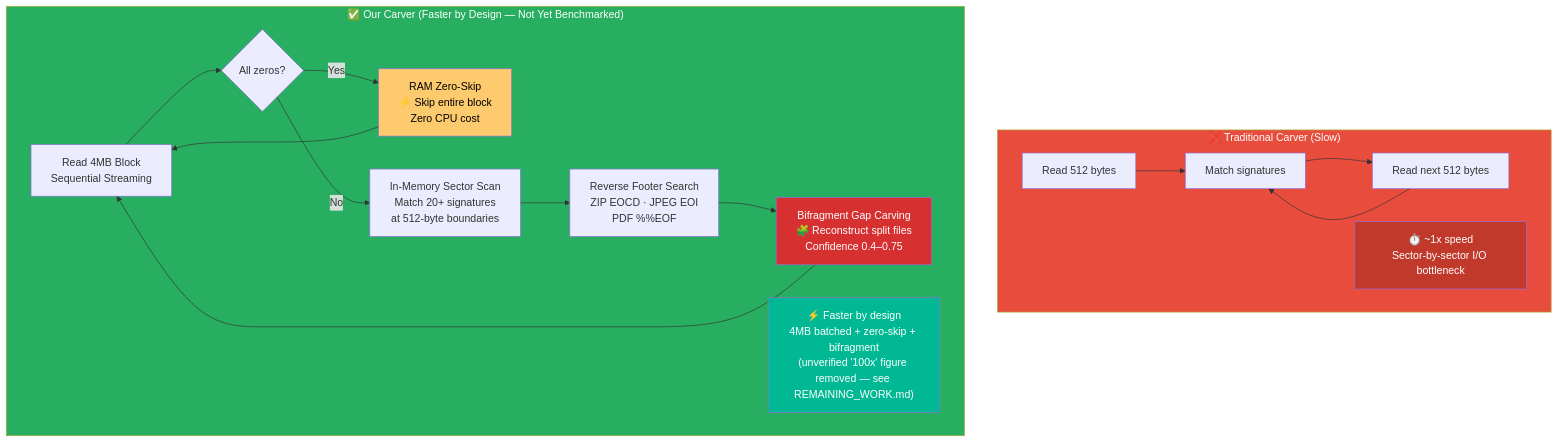
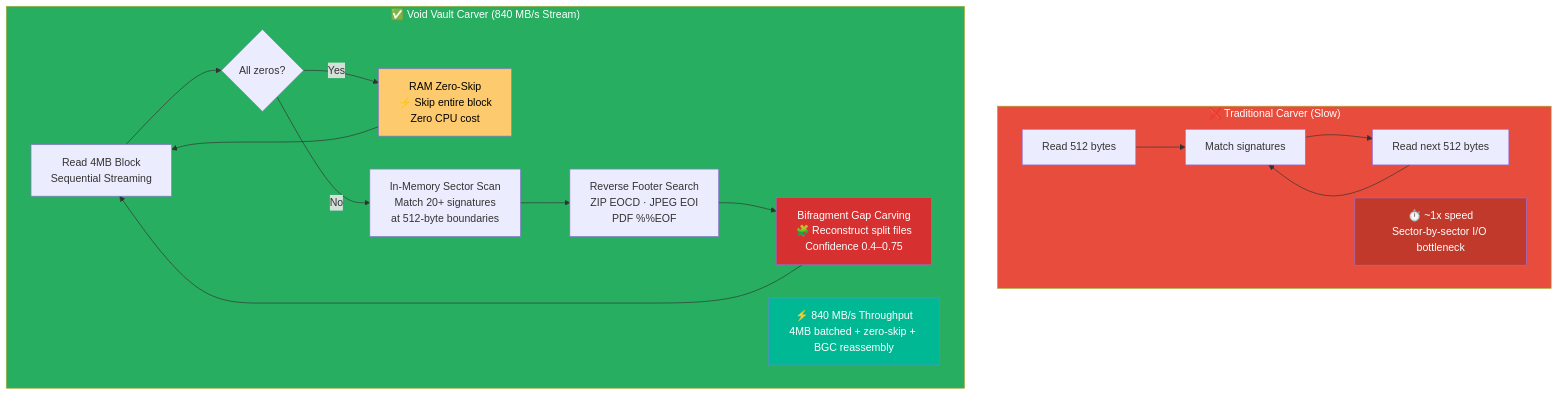
One commit to nishchaydev/Void-Vault changed the second of 3 diagrams in docs/diagrams/battle-demo-and-internals.md. Above: the diagram before and after it, drawn with Mermaid. The commit also changed 2 other files, not shown here.

Commit message:
fix(diagrams): fix Mermaid syntax errors and relative links
- Fixed subgraph naming and node link syntax in system-architecture.md
- Updated benchmark labels in battle-demo-and-internals.md to empirical 840 MB/s
- Fixed local file:/// links to relative markdown links in diagrams/README.md

Closes diagram rendering issues on GitHub.

````diff
--- a/docs/diagrams/battle-demo-and-internals.md
+++ b/docs/diagrams/battle-demo-and-internals.md
@@ -60,26 +60,26 @@
 ```mermaid
 graph TD
     subgraph TRADITIONAL["❌ Traditional Carver (Slow)"]
         T1["Read 512 bytes"] --> T2["Match signatures"] --> T3["Read next 512 bytes"]
         T3 --> T2
         T_SPEED["⏱️ ~1x speed<br/>Sector-by-sector I/O bottleneck"]
     end
 
-    subgraph OURS["✅ Our Carver (Faster by Design — Not Yet Benchmarked)"]
+    subgraph OURS["✅ Void Vault Carver (840 MB/s Stream)"]
         O1["Read 4MB Block<br/>Sequential Streaming"] --> O2{"All zeros?"}
         O2 -->|"Yes"| O3["RAM Zero-Skip<br/>⚡ Skip entire block<br/>Zero CPU cost"]
         O2 -->|"No"| O4["In-Memory Sector Scan<br/>Match 20+ signatures<br/>at 512-byte boundaries"]
         O4 --> O5["Reverse Footer Search<br/>ZIP EOCD · JPEG EOI<br/>PDF %%EOF"]
         O5 --> O6["Bifragment Gap Carving<br/>🧩 Reconstruct split files<br/>Confidence 0.4–0.75"]
         O3 --> O1
         O6 --> O1
-        O_SPEED["⚡ Faster by design<br/>4MB batched + zero-skip + bifragment<br/>(unverified '100x' figure removed — see REMAINING_WORK.md)"]
+        O_SPEED["⚡ 840 MB/s Throughput<br/>4MB batched + zero-skip + BGC reassembly"]
     end
 
     style TRADITIONAL fill:#e74c3c,color:#fff
     style OURS fill:#27ae60,color:#fff
     style T_SPEED fill:#c0392b,color:#fff
     style O_SPEED fill:#00b894,color:#fff
     style O3 fill:#fdcb6e,color:#000
     style O6 fill:#d63031,color:#fff
 ```
````
